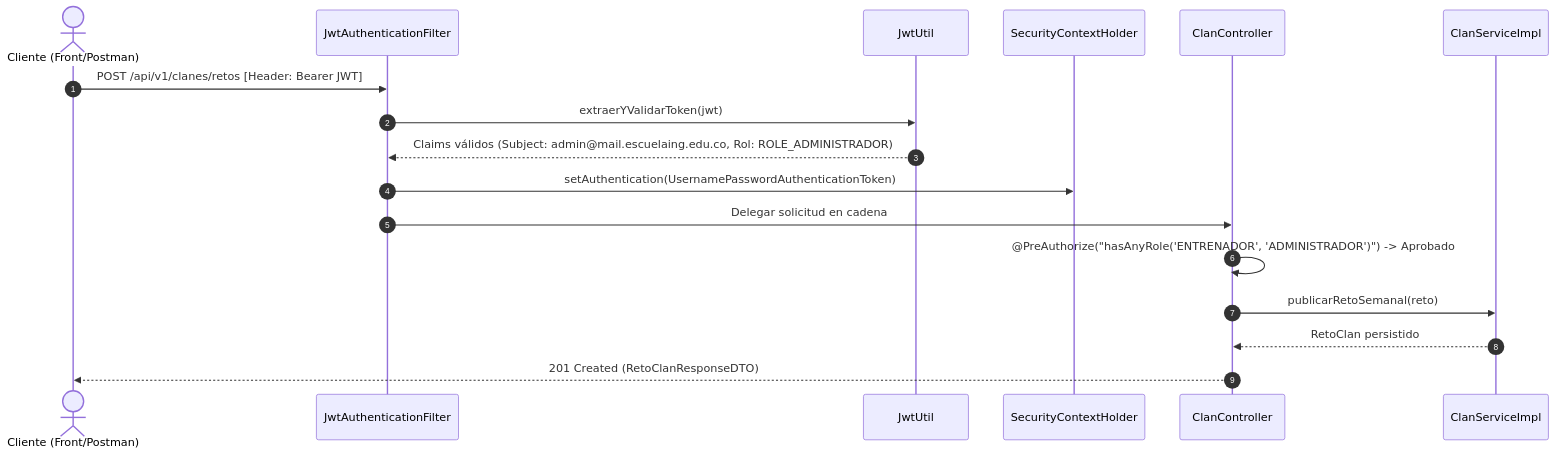
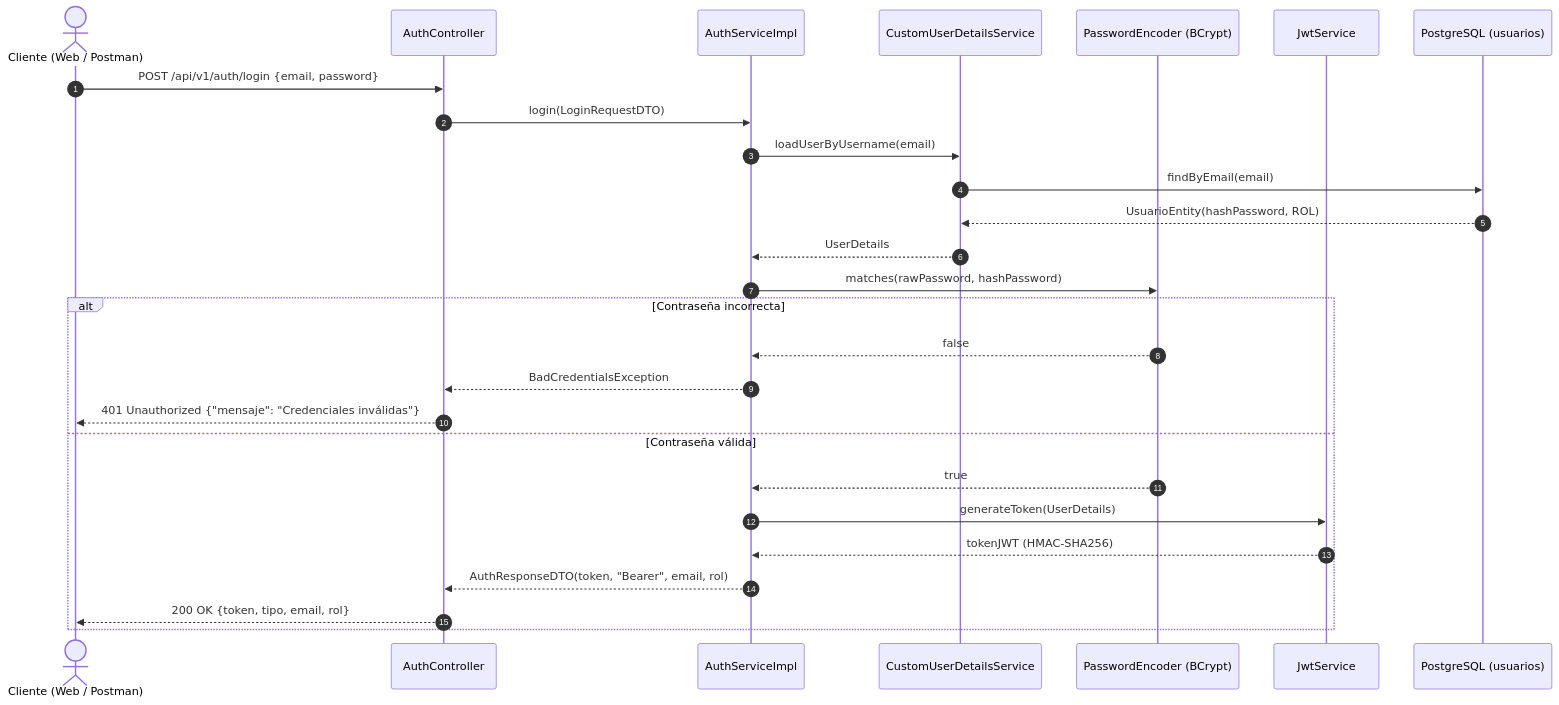
Before and after one commit to ECI-FIT/ecifit-backend: the second of 5 diagrams in docs/arquitectura-hld.md, drawn with Mermaid. The commit also changed other lines of this file and 5 other files, not shown here.

````diff
--- a/docs/arquitectura-hld.md
+++ b/docs/arquitectura-hld.md
@@ -440,20 +498,30 @@
 ```mermaid
 sequenceDiagram
     autonumber
-    actor Cliente as Cliente (Front/Postman)
-    participant Filter as JwtAuthenticationFilter
-    participant Provider as JwtUtil
-    participant Context as SecurityContextHolder
-    participant Controller as ClanController
-    participant Service as ClanServiceImpl
+    actor Cliente as Cliente (Web / Postman)
+    participant AuthCtrl as AuthController
+    participant AuthSvc as AuthServiceImpl
+    participant UserDetails as CustomUserDetailsService
+    participant Encoder as PasswordEncoder (BCrypt)
+    participant JwtService as JwtService
+    participant BD as PostgreSQL (usuarios)
 
-    Cliente->>Filter: POST /api/v1/clanes/retos [Header: Bearer JWT]
-    Filter->>Provider: extraerYValidarToken(jwt)
-    Provider-->>Filter: Claims válidos (Subject: admin@mail.escuelaing.edu.co, Rol: ROLE_ADMINISTRADOR)
-    Filter->>Context: setAuthentication(UsernamePasswordAuthenticationToken)
-    Filter->>Controller: Delegar solicitud en cadena
-    Controller->>Controller: @PreAuthorize("hasAnyRole('ENTRENADOR', 'ADMINISTRADOR')") -> Aprobado
-    Controller->>Service: publicarRetoSemanal(reto)
-    Service-->>Controller: RetoClan persistido
-    Controller-->>Cliente: 201 Created (RetoClanResponseDTO)
+    Cliente->>AuthCtrl: POST /api/v1/auth/login {email, password}
+    AuthCtrl->>AuthSvc: login(LoginRequestDTO)
+    AuthSvc->>UserDetails: loadUserByUsername(email)
+    UserDetails->>BD: findByEmail(email)
+    BD-->>UserDetails: UsuarioEntity(hashPassword, ROL)
+    UserDetails-->>AuthSvc: UserDetails
+    AuthSvc->>Encoder: matches(rawPassword, hashPassword)
+    alt Contraseña incorrecta
+        Encoder-->>AuthSvc: false
+        AuthSvc-->>AuthCtrl: BadCredentialsException
+        AuthCtrl-->>Cliente: 401 Unauthorized {"mensaje": "Credenciales inválidas"}
+    else Contraseña válida
+        Encoder-->>AuthSvc: true
+        AuthSvc->>JwtService: generateToken(UserDetails)
+        JwtService-->>AuthSvc: tokenJWT (HMAC-SHA256)
+        AuthSvc-->>AuthCtrl: AuthResponseDTO(token, "Bearer", email, rol)
+        AuthCtrl-->>Cliente: 200 OK {token, tipo, email, rol}
+    end
 ```
````
